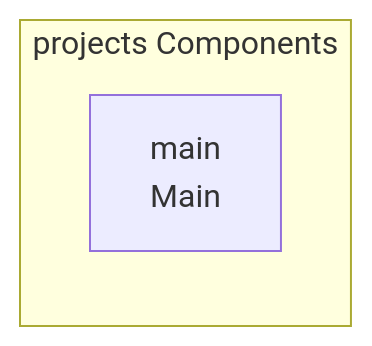
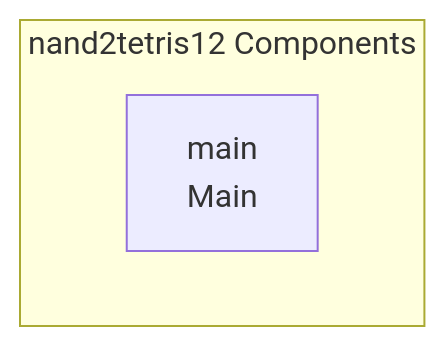
Before and after one commit to Punyamittal/nand2tetris12: the third of 3 diagrams in README.md, drawn with Mermaid. The commit also changed other lines of this file, not shown here.

````diff
--- a/README.md
+++ b/README.md
@@ -124,6 +103,6 @@
 ```mermaid
 graph LR
-    subgraph App["projects Components"]
+    subgraph App["nand2tetris12 Components"]
         main["main<br/>Main"]
     end
 ```
````
